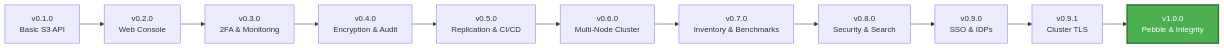
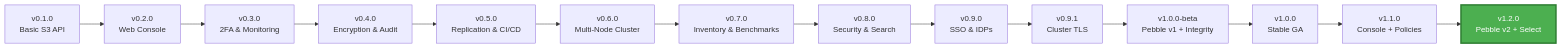
The diagram in profile/README.md (MaxIOFS/.github), drawn with Mermaid before and after one commit. The commit also changed other lines of this file, not shown here.

````diff
--- a/profile/README.md
+++ b/profile/README.md
@@ -546,15 +583,18 @@
 ```mermaid
 graph LR
     A[v0.1.0<br/>Basic S3 API] --> B[v0.2.0<br/>Web Console]
     B --> C[v0.3.0<br/>2FA & Monitoring]
     C --> D[v0.4.0<br/>Encryption & Audit]
     D --> E[v0.5.0<br/>Replication & CI/CD]
     E --> F[v0.6.0<br/>Multi-Node Cluster]
     F --> G[v0.7.0<br/>Inventory & Benchmarks]
     G --> H[v0.8.0<br/>Security & Search]
     H --> I[v0.9.0<br/>SSO & IDPs]
     I --> J[v0.9.1<br/>Cluster TLS]
-    J --> K[v1.0.0<br/>Pebble & Integrity]
+    J --> K[v1.0.0-beta<br/>Pebble v1 + Integrity]
+    K --> L[v1.0.0<br/>Stable GA]
+    L --> M[v1.1.0<br/>Console + Policies]
+    M --> N[v1.2.0<br/>Pebble v2 + Select]
 
-    style K fill:#4CAF50,stroke:#2E7D32,stroke-width:3px,color:#fff
+    style N fill:#4CAF50,stroke:#2E7D32,stroke-width:3px,color:#fff
 ```
````
